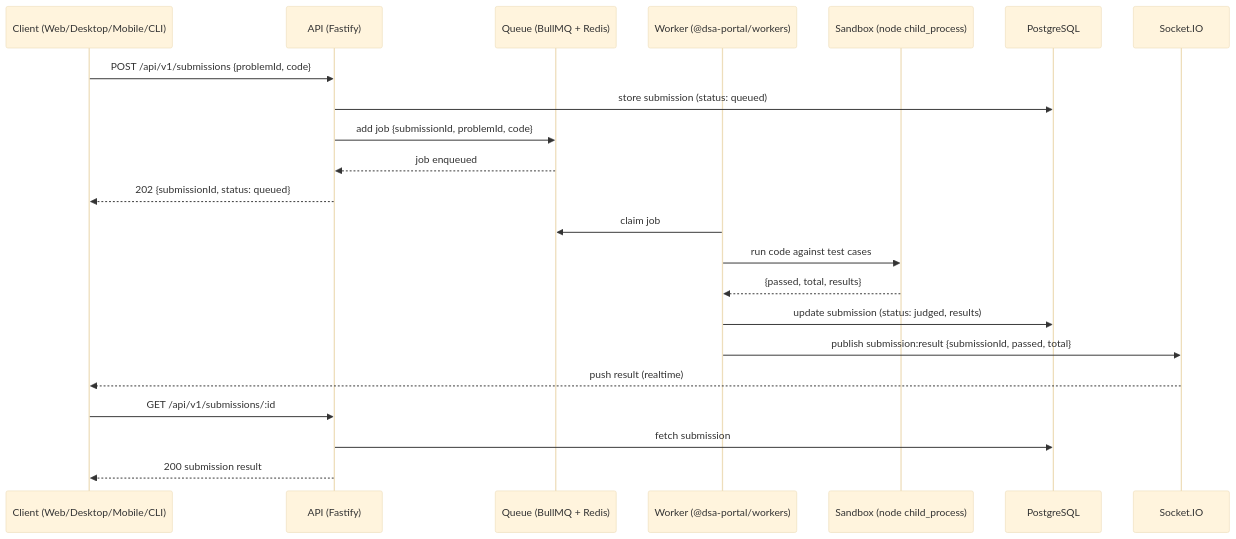
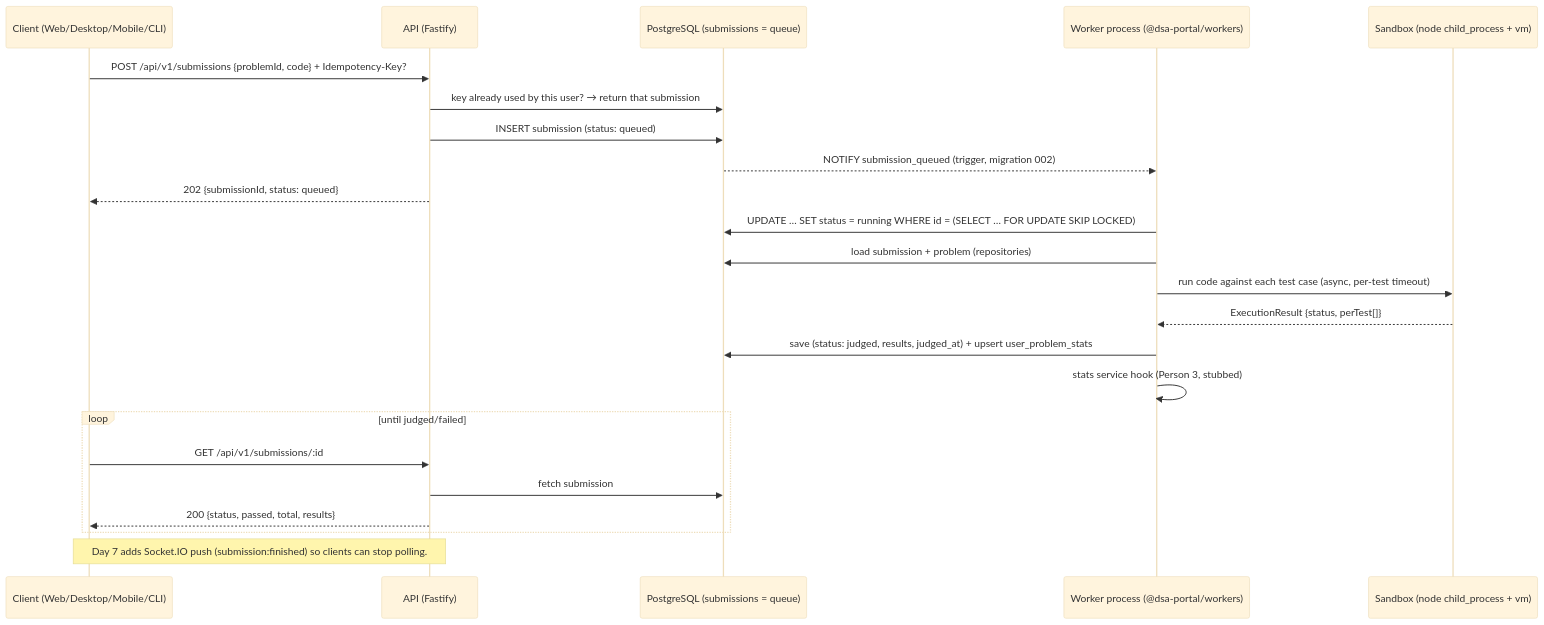
Before and after one commit to ArshOnGit1607/DSA_Portal: the second of 3 diagrams in docs/architecture.md, drawn with Mermaid (base theme). The commit also changed other lines of this file and 29 other files, not shown here.

Commit message:
Day 5 PostgreSQL submission queue + worker process (person-1/day-5)

````diff
--- a/docs/architecture.md
+++ b/docs/architecture.md
@@ -53,25 +55,26 @@
 ```mermaid
 sequenceDiagram
     participant C as Client (Web/Desktop/Mobile/CLI)
     participant API as API (Fastify)
-    participant Q as Queue (BullMQ + Redis)
-    participant W as Worker (@dsa-portal/workers)
-    participant S as Sandbox (node child_process)
-    participant PG as PostgreSQL
-    participant WS as Socket.IO
+    participant PG as PostgreSQL (submissions = queue)
+    participant W as Worker process (@dsa-portal/workers)
+    participant S as Sandbox (node child_process + vm)
 
-    C->>API: POST /api/v1/submissions {problemId, code}
-    API->>PG: store submission (status: queued)
-    API->>Q: add job {submissionId, problemId, code}
-    Q-->>API: job enqueued
+    C->>API: POST /api/v1/submissions {problemId, code} + Idempotency-Key?
+    API->>PG: key already used by this user? → return that submission
+    API->>PG: INSERT submission (status: queued)
+    PG-->>W: NOTIFY submission_queued (trigger, migration 002)
     API-->>C: 202 {submissionId, status: queued}
-    W->>Q: claim job
-    W->>S: run code against test cases
-    S-->>W: {passed, total, results}
-    W->>PG: update submission (status: judged, results)
-    W->>WS: publish submission:result {submissionId, passed, total}
-    WS-->>C: push result (realtime)
-    C->>API: GET /api/v1/submissions/:id
-    API->>PG: fetch submission
-    API-->>C: 200 submission result
+    W->>PG: UPDATE … SET status = running WHERE id = (SELECT … FOR UPDATE SKIP LOCKED)
+    W->>PG: load submission + problem (repositories)
+    W->>S: run code against each test case (async, per-test timeout)
+    S-->>W: ExecutionResult {status, perTest[]}
+    W->>PG: save (status: judged, results, judged_at) + upsert user_problem_stats
+    W->>W: stats service hook (Person 3, stubbed)
+    loop until judged/failed
+        C->>API: GET /api/v1/submissions/:id
+        API->>PG: fetch submission
+        API-->>C: 200 {status, passed, total, results}
+    end
+    Note over C,API: Day 7 adds Socket.IO push (submission:finished) so clients can stop polling.
 ```
````
